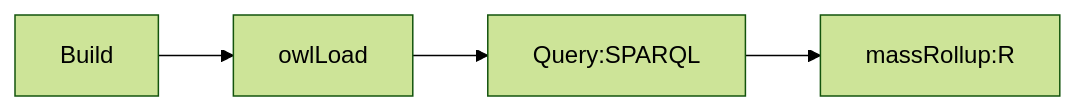
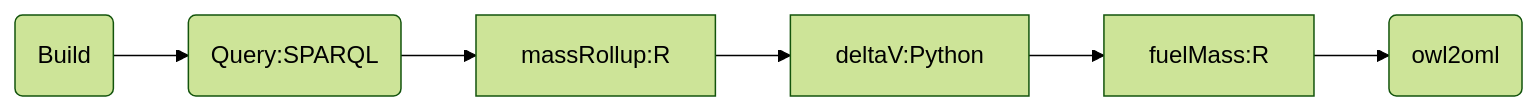
One commit to opencaesar/kepler16b-example changed the second of 4 diagrams in src/analysis/analysisShell.qmd. Above: the diagram before and after it, drawn with Mermaid (forest theme). The commit also changed other lines of this file and 12 other files, not shown here.

````diff
--- a/src/analysis/analysisShell.qmd
+++ b/src/analysis/analysisShell.qmd
@@ -60,6 +48,8 @@
 ```{mermaid}
 flowchart LR
-    id1[Build] --> id2[owlLoad]
-    id2 --> id3[Query:SPARQL]
-    id3 --> id4[massRollup:R]
+    id1(Build) --> id2(Query:SPARQL)
+    id2 --> id3[massRollup:R]
+    id3 --> id4[deltaV:Python]
+    id4 --> id5[fuelMass:R]
+    id5 --> id6(owl2oml)
 ```
````
